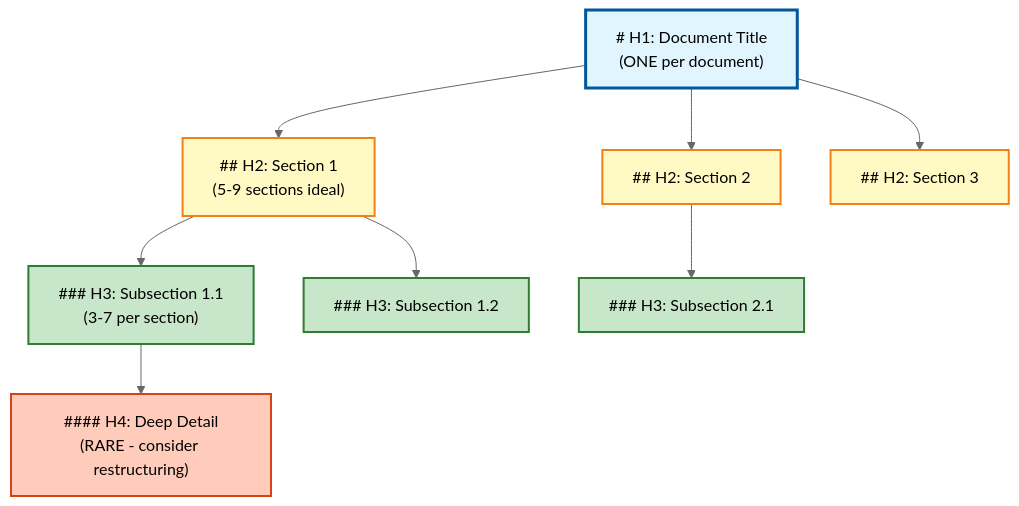
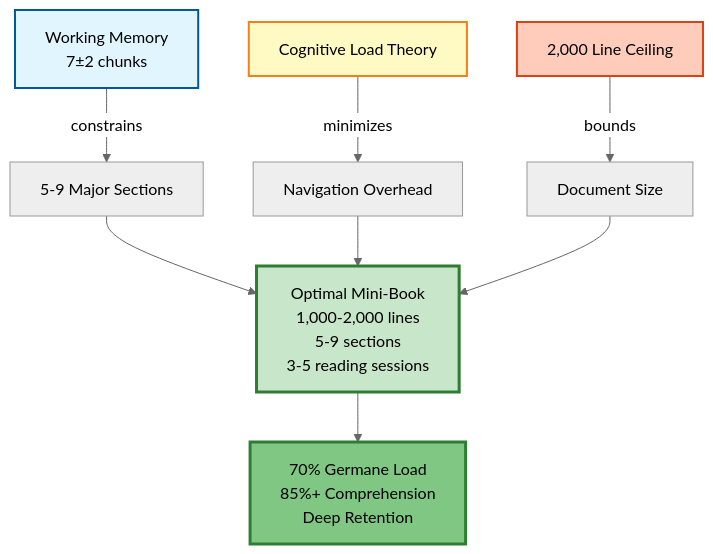
One commit to ProfessorSeanEX/CreativeWorkzStudio_Kingdom_Technology changed diagram 12 of 15 in The-Mini-Book-Theory.md. Above: the diagram before and after it, drawn with Mermaid (neutral theme). The commit also changed other lines of this file and 83 other files, not shown here.

````diff
--- a/The-Mini-Book-Theory.md
+++ b/The-Mini-Book-Theory.md
@@ -687,28 +3608,18 @@
 ```mermaid
 graph TD
-    H1["# H1: Document Title<br/>(ONE per document)"]
-    H2a["## H2: Section 1<br/>(5-9 sections ideal)"]
-    H2b["## H2: Section 2"]
-    H2c["## H2: Section 3"]
-    H3a["### H3: Subsection 1.1<br/>(3-7 per section)"]
-    H3b["### H3: Subsection 1.2"]
-    H3c["### H3: Subsection 2.1"]
-    H4["#### H4: Deep Detail<br/>(RARE - consider restructuring)"]
-    
-    H1 --> H2a
-    H1 --> H2b
-    H1 --> H2c
-    H2a --> H3a
-    H2a --> H3b
-    H2b --> H3c
-    H3a --> H4
-    
-    style H1 fill:#e1f5ff,stroke:#01579b,stroke-width:3px
-    style H2a fill:#fff9c4,stroke:#f57f17,stroke-width:2px
-    style H2b fill:#fff9c4,stroke:#f57f17,stroke-width:2px
-    style H2c fill:#fff9c4,stroke:#f57f17,stroke-width:2px
-    style H3a fill:#c8e6c9,stroke:#2e7d32,stroke-width:2px
-    style H3b fill:#c8e6c9,stroke:#2e7d32,stroke-width:2px
-    style H3c fill:#c8e6c9,stroke:#2e7d32,stroke-width:2px
-    style H4 fill:#ffccbc,stroke:#d84315,stroke-width:2px
+    WM[Working Memory<br/>7±2 chunks] -->|constrains| Sections[5-9 Major Sections]
+    CL[Cognitive Load Theory] -->|minimizes| Extraneous[Navigation Overhead]
+    Threshold[2,000 Line Ceiling] -->|bounds| Size[Document Size]
+
+    Sections --> Optimal[Optimal Mini-Book<br/>1,000-2,000 lines<br/>5-9 sections<br/>3-5 reading sessions]
+    Extraneous --> Optimal
+    Size --> Optimal
+
+    Optimal --> Impact[70% Germane Load<br/>85%+ Comprehension<br/>Deep Retention]
+
+    style WM fill:#e1f5ff,stroke:#01579b,stroke-width:2px
+    style CL fill:#fff9c4,stroke:#f57f17,stroke-width:2px
+    style Threshold fill:#ffccbc,stroke:#d84315,stroke-width:2px
+    style Optimal fill:#c8e6c9,stroke:#2e7d32,stroke-width:3px
+    style Impact fill:#81c784,stroke:#2e7d32,stroke-width:3px
 ```
````
